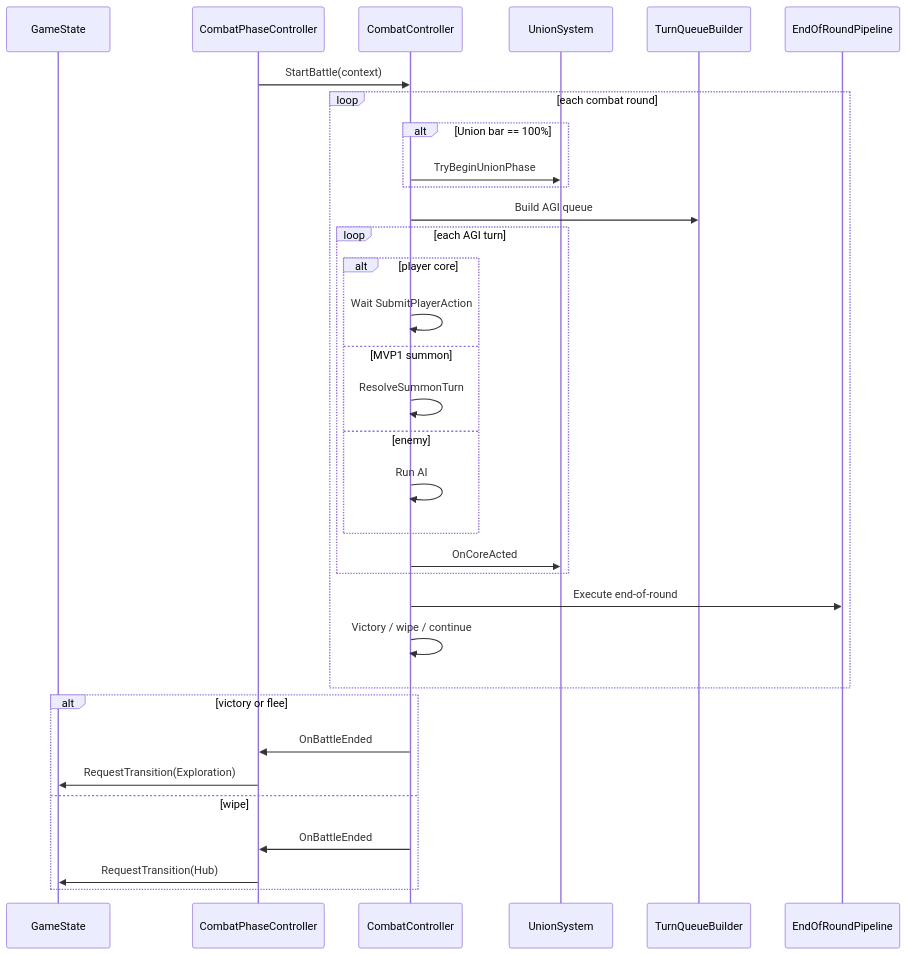
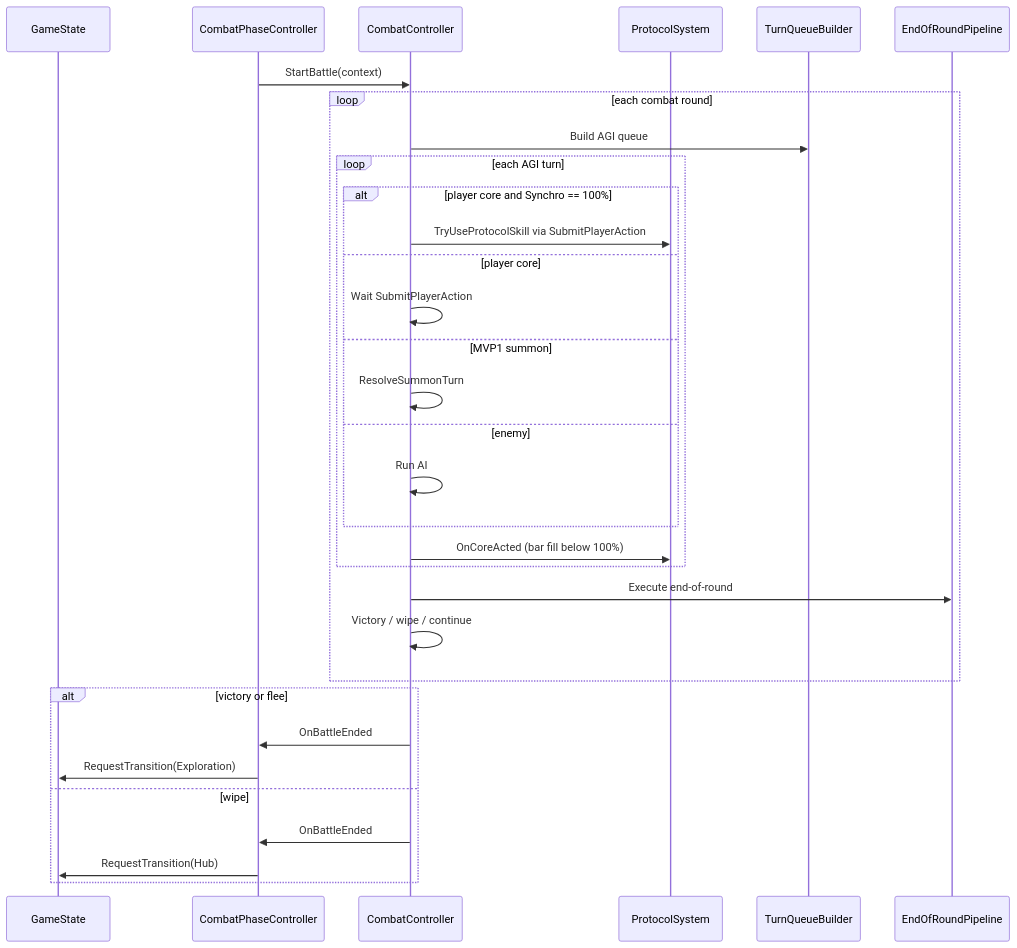
One commit to miramocha/griddungeon-design-docs changed the sixth of 6 diagrams in docs/02-systems/game-phase.md. Above: the diagram before and after it, drawn with Mermaid. The commit also changed 22 other files, not shown here.

First line of the commit message:
Docs: lock Synchro Protocol naming (ADR 020).

````diff
--- a/docs/02-systems/game-phase.md
+++ b/docs/02-systems/game-phase.md
@@ -206,36 +206,35 @@
 ```mermaid
 sequenceDiagram
   participant GS as GameState
   participant CP as CombatPhaseController
   participant CC as CombatController
-  participant Union as UnionSystem
+  participant Protocol as ProtocolSystem
   participant TQ as TurnQueueBuilder
   participant EOR as EndOfRoundPipeline
 
   CP->>CC: StartBattle(context)
   loop each combat round
-    alt Union bar == 100%
-      CC->>Union: TryBeginUnionPhase
-    end
     CC->>TQ: Build AGI queue
     loop each AGI turn
-      alt player core
+      alt player core and Synchro == 100%
+        CC->>Protocol: TryUseProtocolSkill via SubmitPlayerAction
+      else player core
         CC->>CC: Wait SubmitPlayerAction
       else MVP1 summon
         CC->>CC: ResolveSummonTurn
       else enemy
         CC->>CC: Run AI
       end
-      CC->>Union: OnCoreActed
+      CC->>Protocol: OnCoreActed (bar fill below 100%)
     end
     CC->>EOR: Execute end-of-round
     CC->>CC: Victory / wipe / continue
   end
   alt victory or flee
     CC->>CP: OnBattleEnded
     CP->>GS: RequestTransition(Exploration)
   else wipe
     CC->>CP: OnBattleEnded
     CP->>GS: RequestTransition(Hub)
   end
 ```
````
